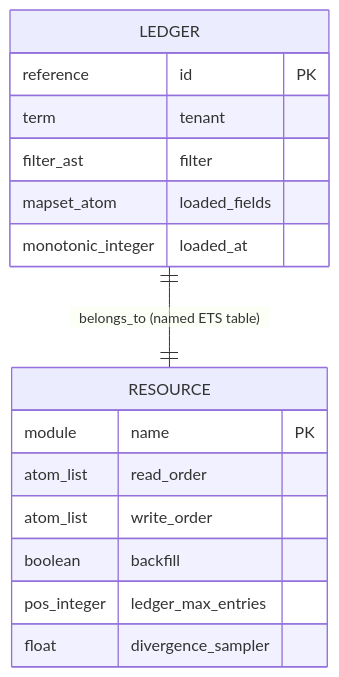
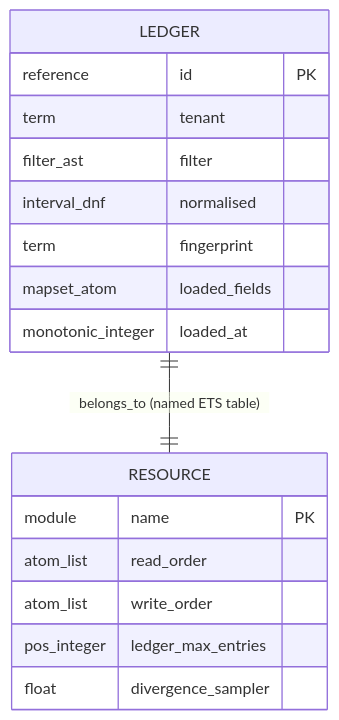
The third of 6 diagrams in docs/technical/ash-multi-datalayer.md (barnabasJ/ash_multi_datalayer), drawn with Mermaid before and after one commit. The commit also changed other lines of this file and 13 other files, not shown here.

````diff
--- a/docs/technical/ash-multi-datalayer.md
+++ b/docs/technical/ash-multi-datalayer.md
@@ -204,19 +236,20 @@
 ```mermaid
 erDiagram
   LEDGER ||--|| RESOURCE : "belongs_to (named ETS table)"
   LEDGER {
     reference id PK
     term tenant
     filter_ast filter
+    interval_dnf normalised
+    term fingerprint
     mapset_atom loaded_fields
     monotonic_integer loaded_at
   }
   RESOURCE {
     module name PK
     atom_list read_order
     atom_list write_order
-    boolean backfill
     pos_integer ledger_max_entries
     float divergence_sampler
   }
 ```
````
